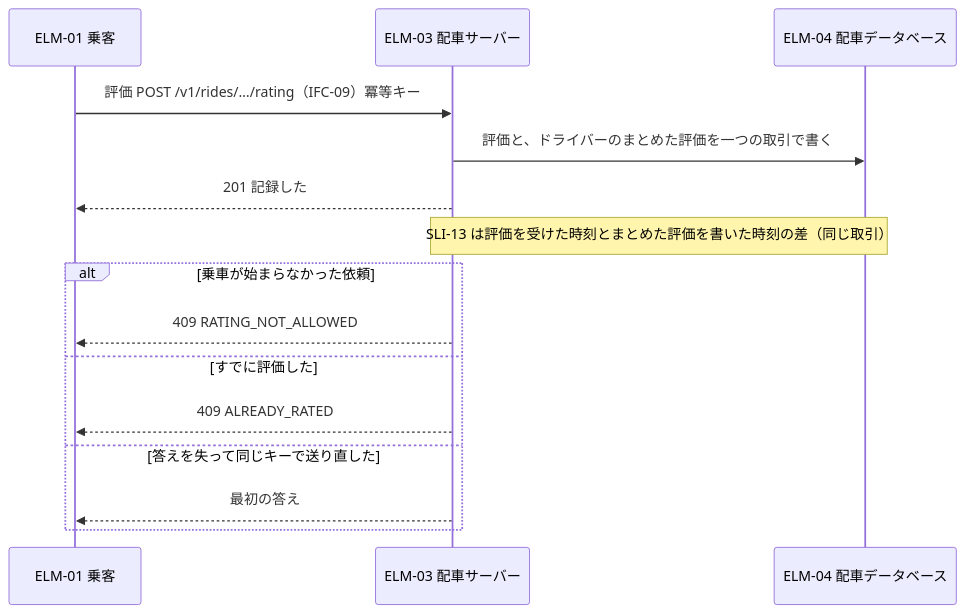
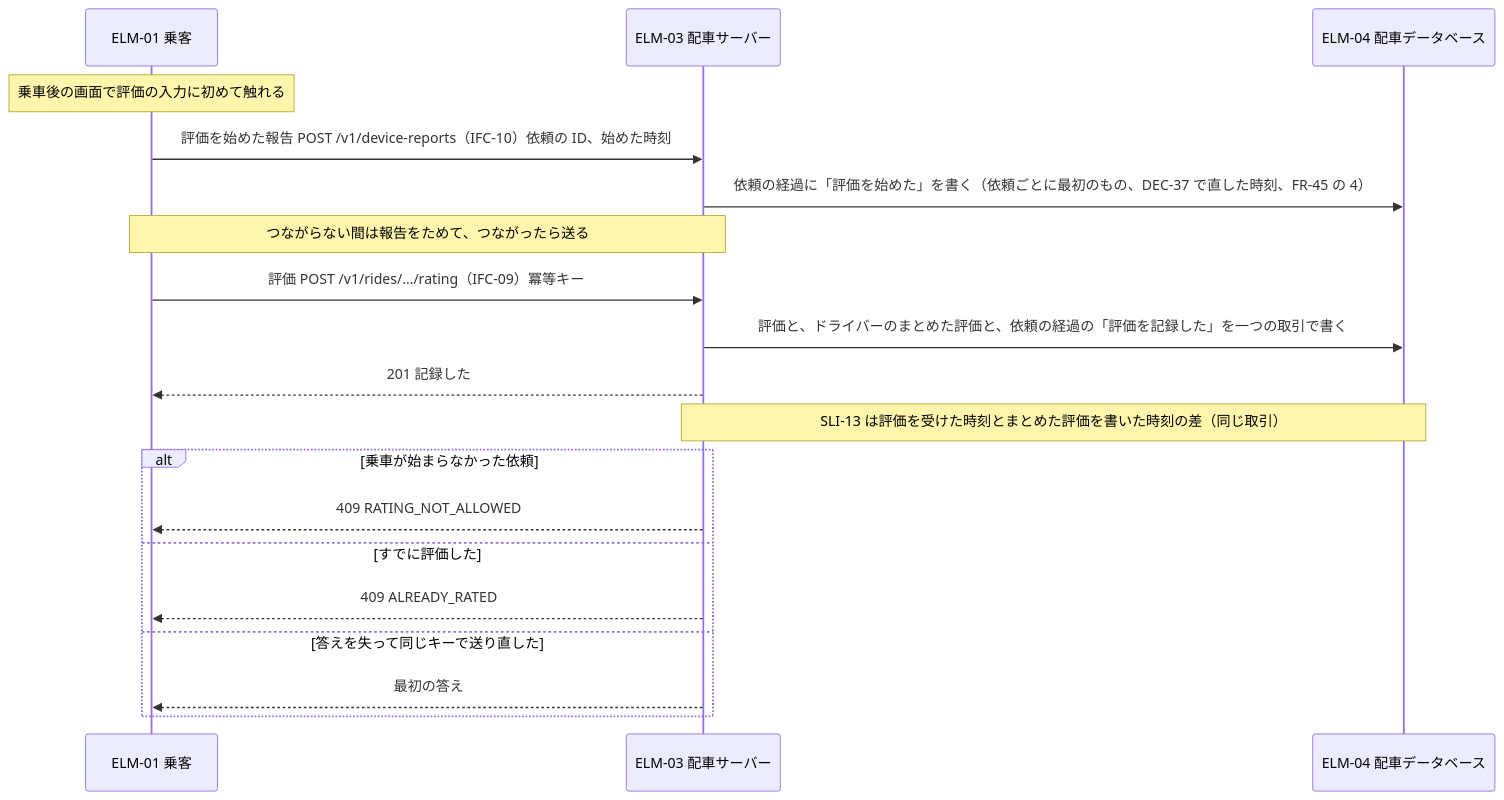
Before and after one commit to Taro000/ride-hailing-app-demo: the seventh of 57 diagrams in docs/design/3-high-level-design.md, drawn with Mermaid. The commit also changed other lines of this file and 51 other files, not shown here.

````diff
--- a/docs/design/3-high-level-design.md
+++ b/docs/design/3-high-level-design.md
@@ -363,17 +387,21 @@
 ```mermaid
 sequenceDiagram
   participant P as ELM-01 乗客
   participant S as ELM-03 配車サーバー
   participant DB as ELM-04 配車データベース
+  Note over P: 乗車後の画面で評価の入力に初めて触れる
+  P->>S: 評価を始めた報告 POST /v1/device-reports（IFC-10）依頼の ID、始めた時刻
+  S->>DB: 依頼の経過に「評価を始めた」を書く（依頼ごとに最初のもの、DEC-37 で直した時刻、FR-45 の 4）
+  Note over P,S: つながらない間は報告をためて、つながったら送る
   P->>S: 評価 POST /v1/rides/…/rating（IFC-09）冪等キー
-  S->>DB: 評価と、ドライバーのまとめた評価を一つの取引で書く
+  S->>DB: 評価と、ドライバーのまとめた評価と、依頼の経過の「評価を記録した」を一つの取引で書く
   S-->>P: 201 記録した
   Note over S,DB: SLI-13 は評価を受けた時刻とまとめた評価を書いた時刻の差（同じ取引）
   alt 乗車が始まらなかった依頼
     S-->>P: 409 RATING_NOT_ALLOWED
   else すでに評価した
     S-->>P: 409 ALREADY_RATED
   else 答えを失って同じキーで送り直した
     S-->>P: 最初の答え
   end
 ```
````
